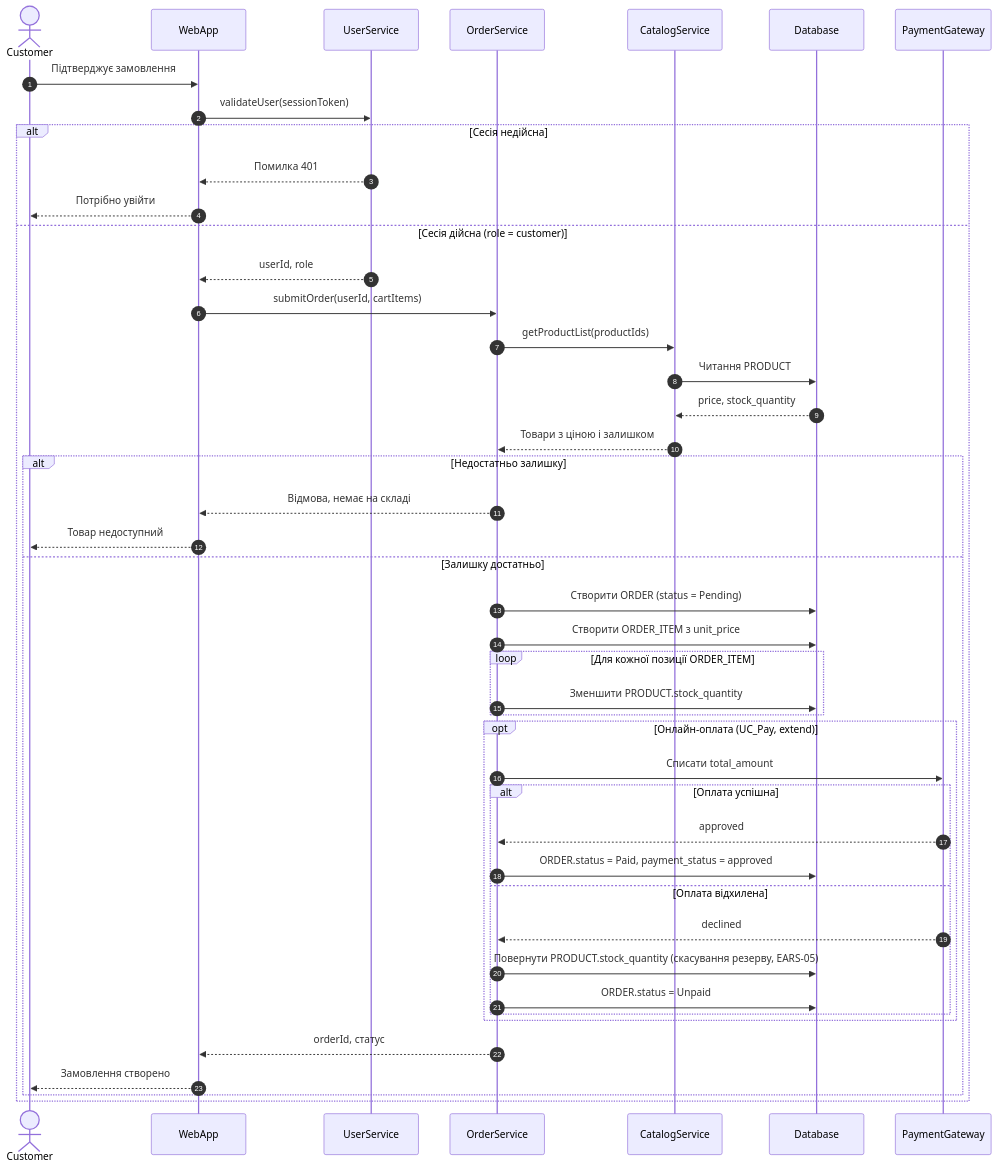
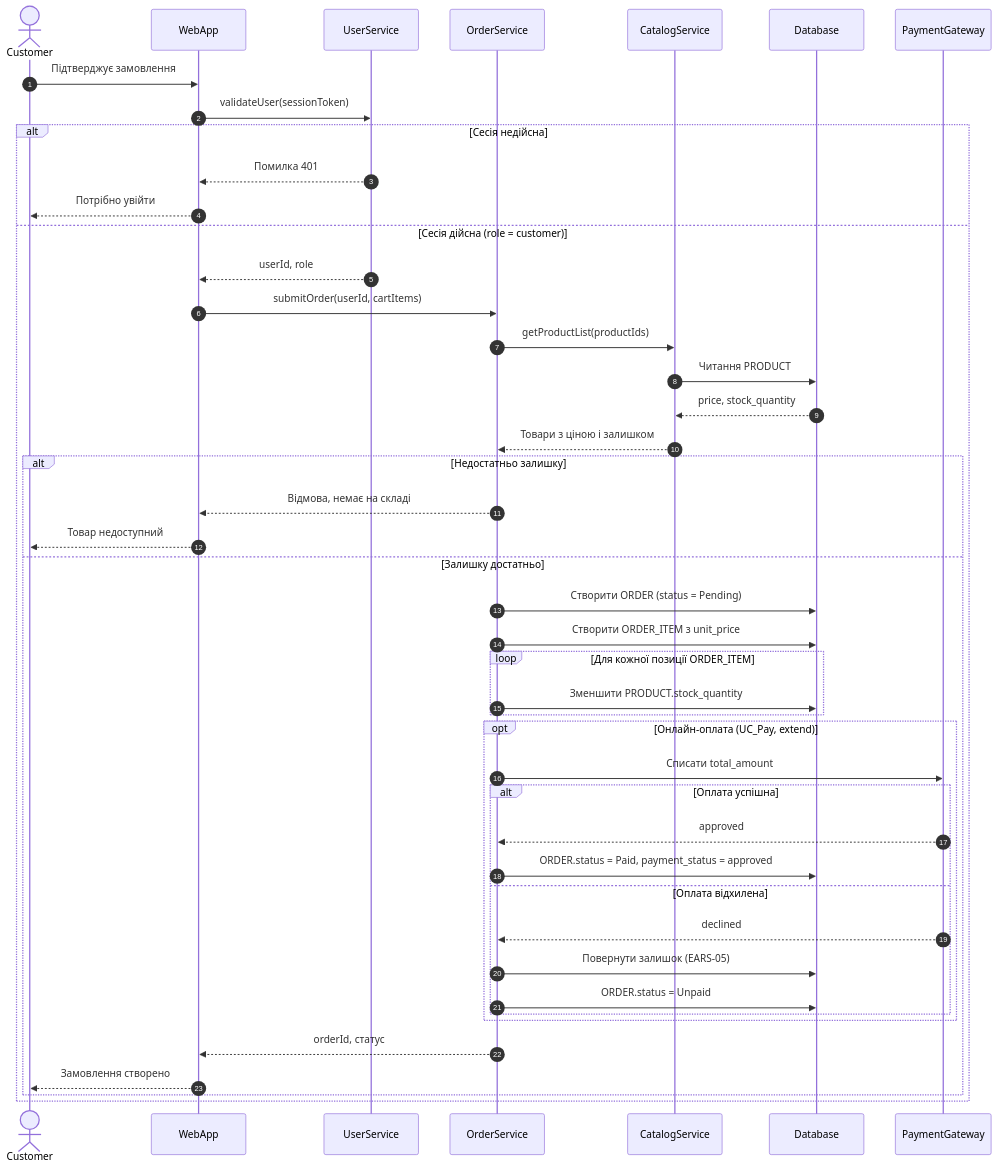
One commit to Stefect/Modeling-and-Analysis-of-Software-Requirements changed the diagram in task-3/sequence.md. Above: the diagram before and after it, drawn with Mermaid. The commit also changed 1 other file, not shown here.

Commit message:
Оновив повідомлення про повернення залишку в sequence-діаграмах оформлення замовлення

````diff
--- a/task-3/sequence.md
+++ b/task-3/sequence.md
@@ -5,48 +5,48 @@
 ```mermaid
 sequenceDiagram
     autonumber
     actor Customer
     participant WebApp
     participant UserService
     participant OrderService
     participant CatalogService
     participant Database
     participant PaymentGateway
 
     Customer->>WebApp: Підтверджує замовлення
     WebApp->>UserService: validateUser(sessionToken)
     alt Сесія недійсна
         UserService-->>WebApp: Помилка 401
         WebApp-->>Customer: Потрібно увійти
     else Сесія дійсна (role = customer)
         UserService-->>WebApp: userId, role
         WebApp->>OrderService: submitOrder(userId, cartItems)
         OrderService->>CatalogService: getProductList(productIds)
         CatalogService->>Database: Читання PRODUCT
         Database-->>CatalogService: price, stock_quantity
         CatalogService-->>OrderService: Товари з ціною і залишком
         alt Недостатньо залишку
             OrderService-->>WebApp: Відмова, немає на складі
             WebApp-->>Customer: Товар недоступний
         else Залишку достатньо
             OrderService->>Database: Створити ORDER (status = Pending)
             OrderService->>Database: Створити ORDER_ITEM з unit_price
             loop Для кожної позиції ORDER_ITEM
                 OrderService->>Database: Зменшити PRODUCT.stock_quantity
             end
             opt Онлайн-оплата (UC_Pay, extend)
                 OrderService->>PaymentGateway: Списати total_amount
                 alt Оплата успішна
                     PaymentGateway-->>OrderService: approved
                     OrderService->>Database: ORDER.status = Paid, payment_status = approved
                 else Оплата відхилена
                     PaymentGateway-->>OrderService: declined
-                    OrderService->>Database: Повернути PRODUCT.stock_quantity (скасування резерву, EARS-05)
+                    OrderService->>Database: Повернути залишок (EARS-05)
                     OrderService->>Database: ORDER.status = Unpaid
                 end
             end
             OrderService-->>WebApp: orderId, статус
             WebApp-->>Customer: Замовлення створено
         end
     end
 ```
````
